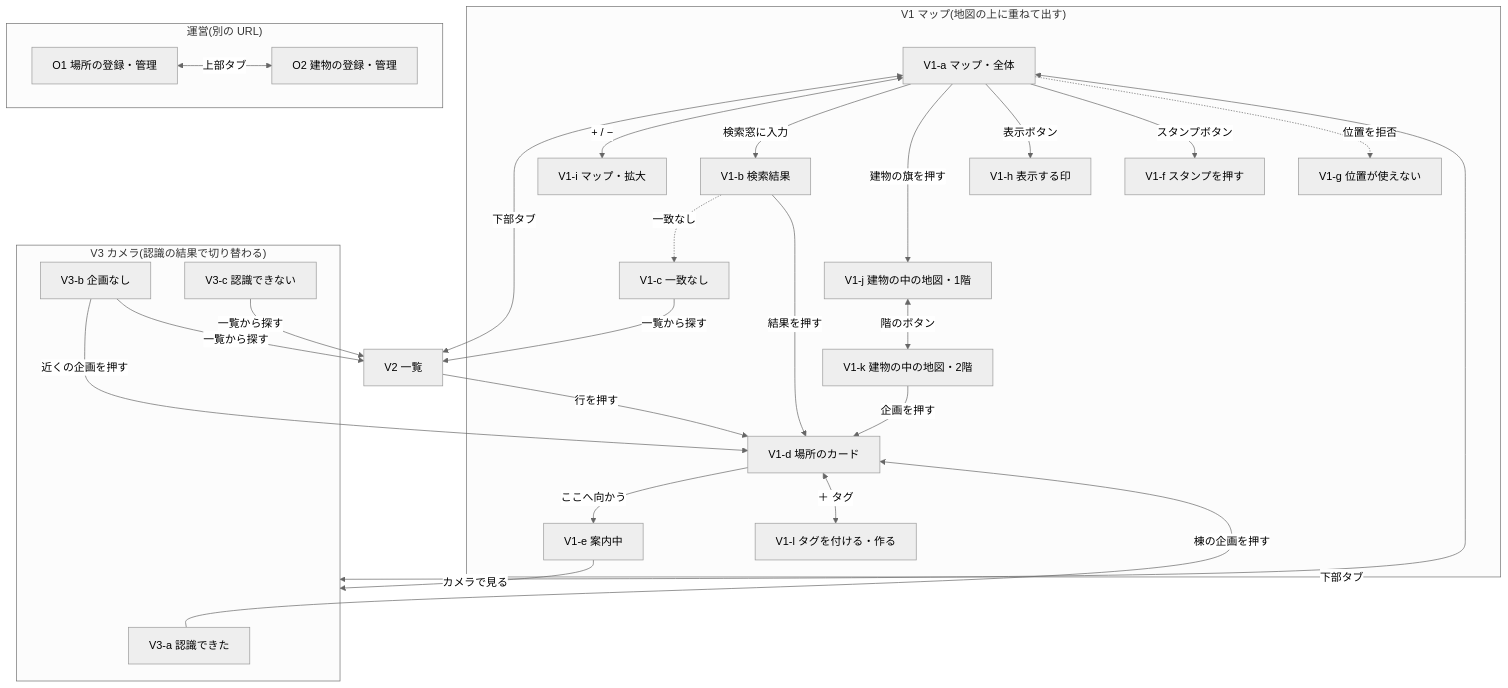
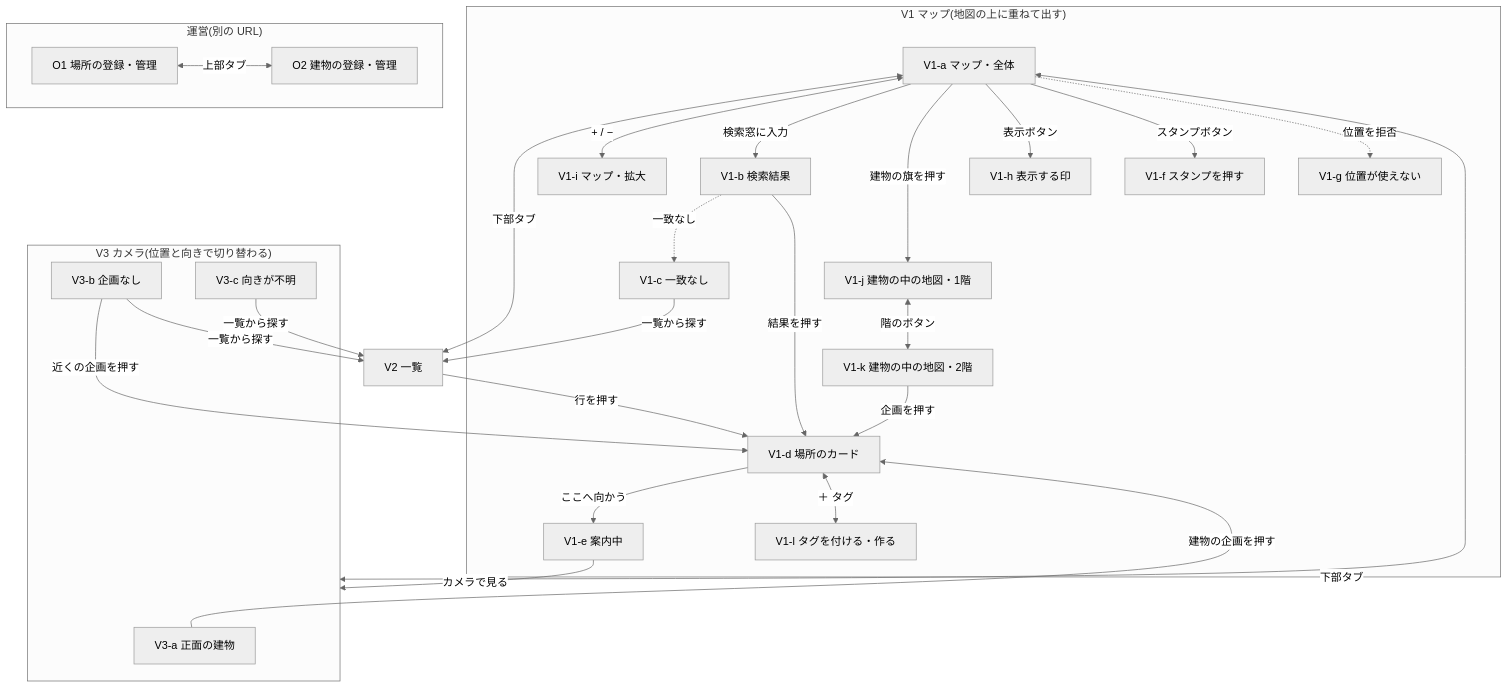
The diagram in doc/screen-design/screen-selection.md (NUTFes/NUTfes-46th-hackathon-NAsVI), drawn with Mermaid (neutral theme) before and after one commit. The commit also changed other lines of this file and 156 other files, not shown here.

````diff
--- a/doc/screen-design/screen-selection.md
+++ b/doc/screen-design/screen-selection.md
@@ -78,50 +79,50 @@
 ```mermaid
 flowchart TB
   subgraph V1["V1 マップ(地図の上に重ねて出す)"]
     A["V1-a マップ・全体"]
     I["V1-i マップ・拡大"]
     B["V1-b 検索結果"]
     C["V1-c 一致なし"]
     D["V1-d 場所のカード"]
     E["V1-e 案内中"]
     F["V1-f スタンプを押す"]
     G["V1-g 位置が使えない"]
     H["V1-h 表示する印"]
     J["V1-j 建物の中の地図・1階"]
     K["V1-k 建物の中の地図・2階"]
     T["V1-l タグを付ける・作る"]
   end
-  subgraph V3["V3 カメラ(認識の結果で切り替わる)"]
-    Va["V3-a 認識できた"]
+  subgraph V3["V3 カメラ(位置と向きで切り替わる)"]
+    Va["V3-a 正面の建物"]
     Vb["V3-b 企画なし"]
-    Vc["V3-c 認識できない"]
+    Vc["V3-c 向きが不明"]
   end
   L["V2 一覧"]
   subgraph OP["運営(別の URL)"]
     O1["O1 場所の登録・管理"]
     O2["O2 建物の登録・管理"]
   end
 
   A <-->|"下部タブ"| L
   A <-->|"下部タブ"| V3
   A <-->|"+ / −"| I
   A -->|"検索窓に入力"| B
   B -.->|"一致なし"| C
   B -->|"結果を押す"| D
   C -->|"一覧から探す"| L
   A -->|"建物の旗を押す"| J
   J <-->|"階のボタン"| K
   K -->|"企画を押す"| D
   A -->|"表示ボタン"| H
   A -->|"スタンプボタン"| F
   A -.->|"位置を拒否"| G
   D -->|"ここへ向かう"| E
   D <-->|"＋ タグ"| T
   E -->|"カメラで見る"| V3
   L -->|"行を押す"| D
-  Va -->|"棟の企画を押す"| D
+  Va -->|"建物の企画を押す"| D
   Vb -->|"近くの企画を押す"| D
   Vb -->|"一覧から探す"| L
   Vc -->|"一覧から探す"| L
   O1 <-->|"上部タブ"| O2
 ```
````
